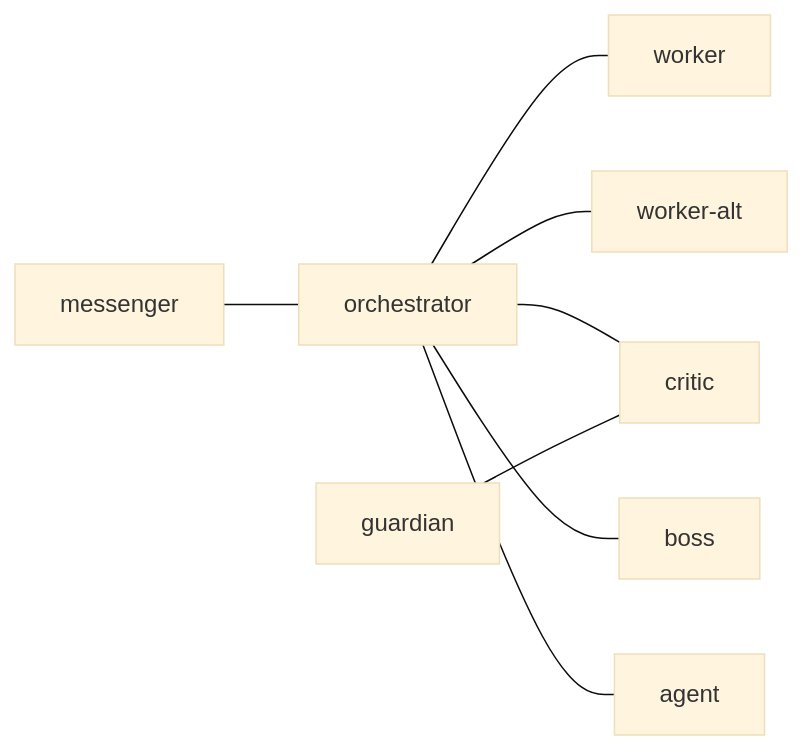
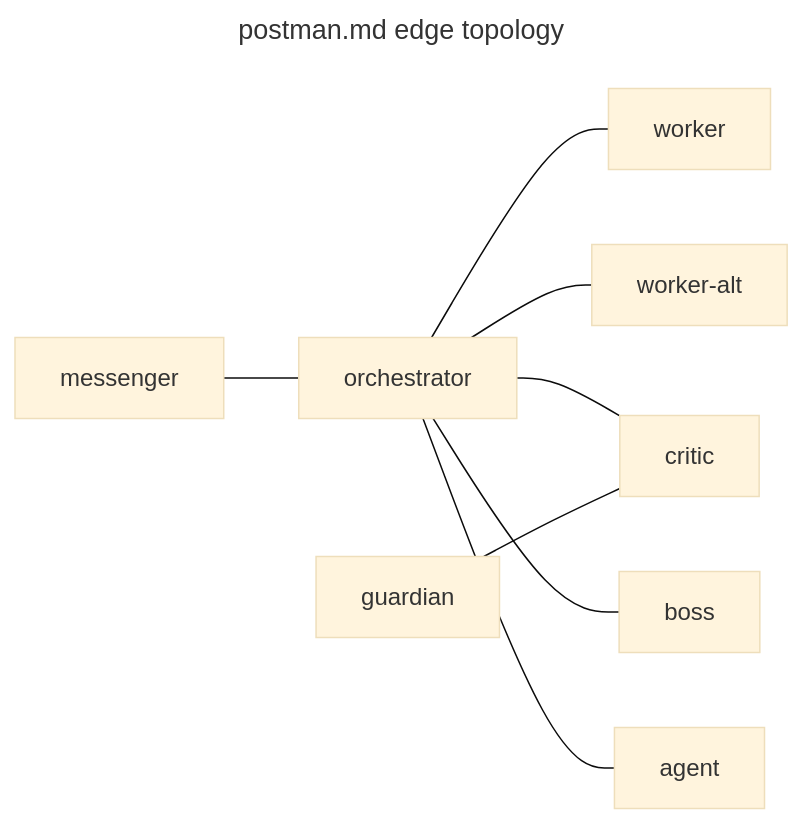
Before and after one commit to i9wa4/tmux-a2a-postman: the second of 2 diagrams in README.md, drawn with Mermaid (base theme). The commit also changed other lines of this file and 1 other file, not shown here.

````diff
--- a/README.md
+++ b/README.md
@@ -118,10 +130,13 @@
 ```mermaid
+---
+title: postman.md edge topology
+---
 graph LR
     messenger --- orchestrator
     orchestrator --- worker
     orchestrator --- worker-alt
     orchestrator --- critic
     orchestrator --- boss
     guardian --- critic
     orchestrator --- agent
 ```
````
